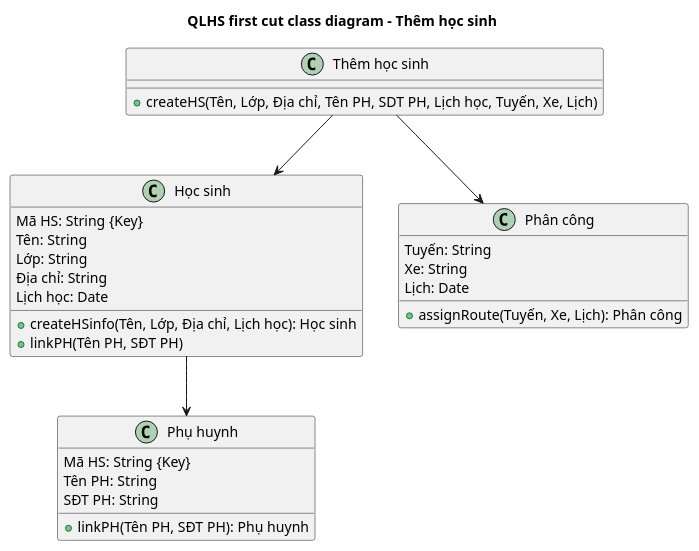
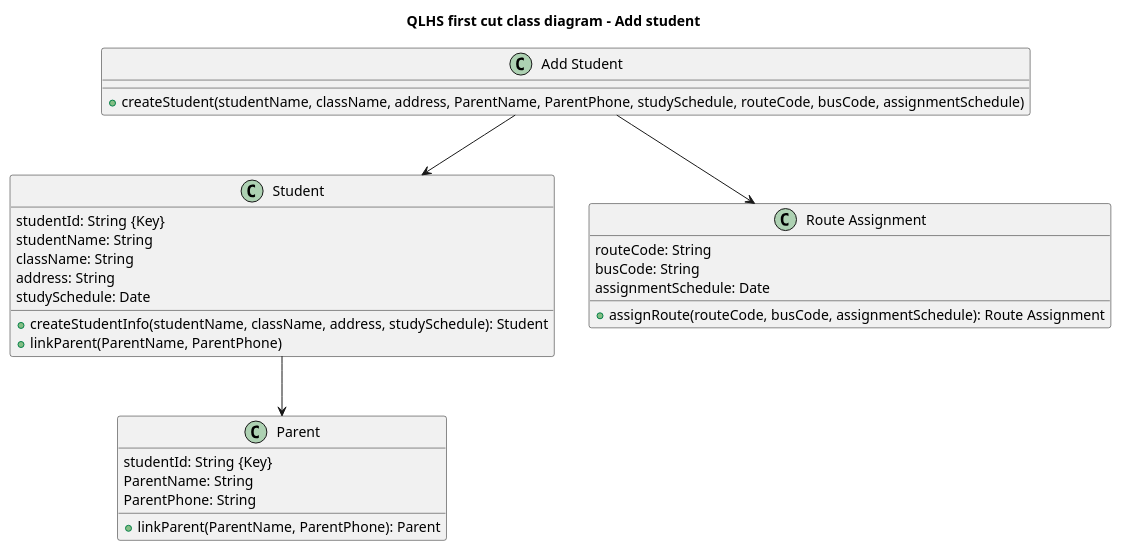
Before and after one commit to Bancie/UltraBus: the diagram in Bus-Smart-app/public/model/vu/QLHS_first-cut_class_diagram.puml, drawn with PlantUML. The commit also changed other lines of this file and 2 other files, not shown here.

Commit message:
Refactor naming in student management diagrams and controller
Updated PlantUML class and sequence diagrams to use English names and more descriptive parameter names for student management. Also removed 'readonly' from controller dependencies in AssignController.ts for consistency.

```diff
--- a/Bus-Smart-app/public/model/vu/QLHS_first-cut_class_diagram.puml
+++ b/Bus-Smart-app/public/model/vu/QLHS_first-cut_class_diagram.puml
@@ -1,32 +1,32 @@
 @startuml
-title QLHS first cut class diagram - Thêm học sinh 
+title QLHS first cut class diagram - Add student
 
-class "Thêm học sinh" {
-    + createHS(Tên, Lớp, Địa chỉ, Tên PH, SDT PH, Lịch học, Tuyến, Xe, Lịch)
+class "Add Student" {
+    + createStudent(studentName, className, address, ParentName, ParentPhone, studySchedule, routeCode, busCode, assignmentSchedule)
 }
-class "Học sinh" {
-    Mã HS: String {Key}
-    Tên: String
-    Lớp: String
-    Địa chỉ: String
-    Lịch học: Date
-    + createHSinfo(Tên, Lớp, Địa chỉ, Lịch học): Học sinh
-    + linkPH(Tên PH, SĐT PH)
+class "Student" {
+    studentId: String {Key}
+    studentName: String
+    className: String
+    address: String
+    studySchedule: Date
+    + createStudentInfo(studentName, className, address, studySchedule): Student
+    + linkParent(ParentName, ParentPhone)
 }
-class "Phụ huynh" {
-    Mã HS: String {Key}
-    Tên PH: String
-    SĐT PH: String
-    + linkPH(Tên PH, SĐT PH): Phụ huynh
+class "Parent" {
+    studentId: String {Key}
+    ParentName: String
+    ParentPhone: String
+    + linkParent(ParentName, ParentPhone): Parent
 }
-class "Phân công" {
-    Tuyến: String
-    Xe: String
-    Lịch: Date
-    + assignRoute(Tuyến, Xe, Lịch): Phân công
+class "Route Assignment" {
+    routeCode: String
+    busCode: String
+    assignmentSchedule: Date
+    + assignRoute(routeCode, busCode, assignmentSchedule): Route Assignment
 }
 ' Associations
-"Thêm học sinh" --> "Học sinh"
-"Học sinh" --> "Phụ huynh"
-"Thêm học sinh" --> "Phân công"
+"Add Student" --> "Student"
+"Student" --> "Parent"
+"Add Student" --> "Route Assignment"
 @enduml
```
